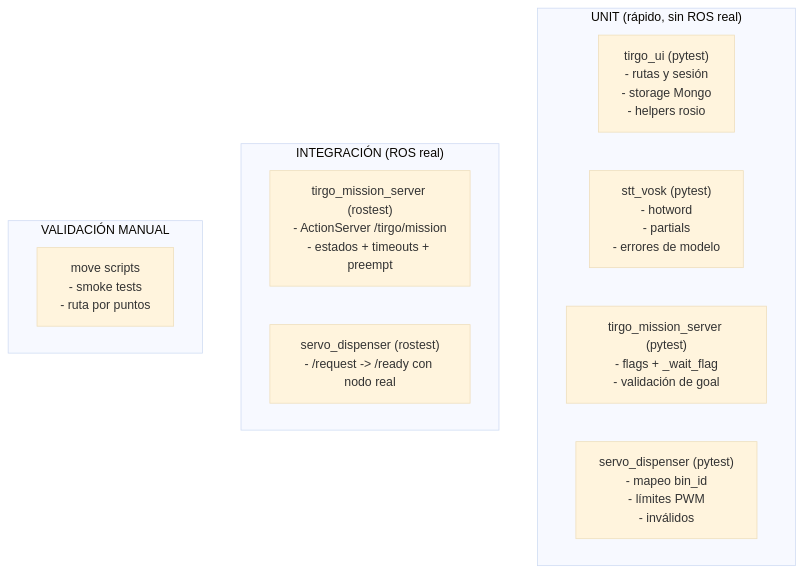
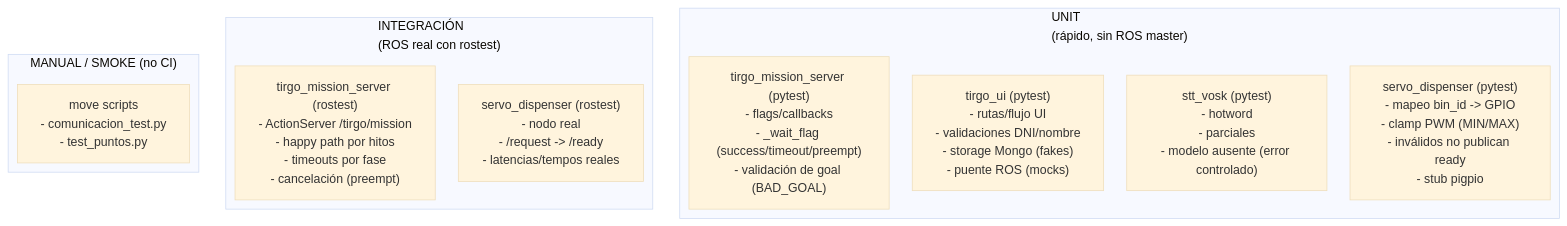
Before and after one commit to lucascampillode/TirGo: the diagram in carpeta_compartida/docs/TESTING.md, drawn with Mermaid (base theme). The commit also changed other lines of this file, not shown here.

`````diff
--- a/carpeta_compartida/docs/TESTING.md
+++ b/carpeta_compartida/docs/TESTING.md
@@ -22,18 +38,20 @@
 ```mermaid
+---
+config:
+  layout: elk
+---
 flowchart TB
-  subgraph Unit["UNIT (rápido, sin ROS real)"]
-    UI["tirgo_ui (pytest)\n- rutas y sesión\n- storage Mongo\n- helpers rosio"]
-    STT["stt_vosk (pytest)\n- hotword\n- partials\n- errores de modelo"]
-    MSU["tirgo_mission_server (pytest)\n- flags + _wait_flag\n- validación de goal"]
-    SDU["servo_dispenser (pytest)\n- mapeo bin_id\n- límites PWM\n- inválidos"]
+ subgraph Unit["UNIT<br>(rápido, sin ROS master)"]
+        UI["tirgo_ui (pytest)<br>- rutas/flujo UI<br>- validaciones DNI/nombre<br>- storage Mongo (fakes)<br>- puente ROS (mocks)"]
+        STT["stt_vosk (pytest)<br>- hotword<br>- parciales<br>- modelo ausente (error controlado)"]
+        MSU["tirgo_mission_server (pytest)<br>- flags/callbacks<br>- _wait_flag (success/timeout/preempt)<br>- validación de goal (BAD_GOAL)"]
+        SDU["servo_dispenser (pytest)<br>- mapeo bin_id -&gt; GPIO<br>- clamp PWM (MIN/MAX)<br>- inválidos no publican ready<br>- stub pigpio"]
   end
-
-  subgraph Integration["INTEGRACIÓN (ROS real)"]
-    MSI["tirgo_mission_server (rostest)\n- ActionServer /tirgo/mission\n- estados + timeouts + preempt"]
-    SDI["servo_dispenser (rostest)\n- /request -> /ready con nodo real"]
+ subgraph Integration["INTEGRACIÓN<br>(ROS real con rostest)"]
+        MSI["tirgo_mission_server (rostest)<br>- ActionServer /tirgo/mission<br>- happy path por hitos<br>- timeouts por fase<br>- cancelación (preempt)"]
+        SDI["servo_dispenser (rostest)<br>- nodo real<br>- /request -&gt; /ready<br>- latencias/tempos reales"]
   end
-
-  subgraph Manual["VALIDACIÓN MANUAL"]
-    MV["move scripts\n- smoke tests\n- ruta por puntos"]
+ subgraph Manual["MANUAL / SMOKE (no CI)"]
+        MV["move scripts<br>- comunicacion_test.py<br>- test_puntos.py"]
   end
 ````
`````
